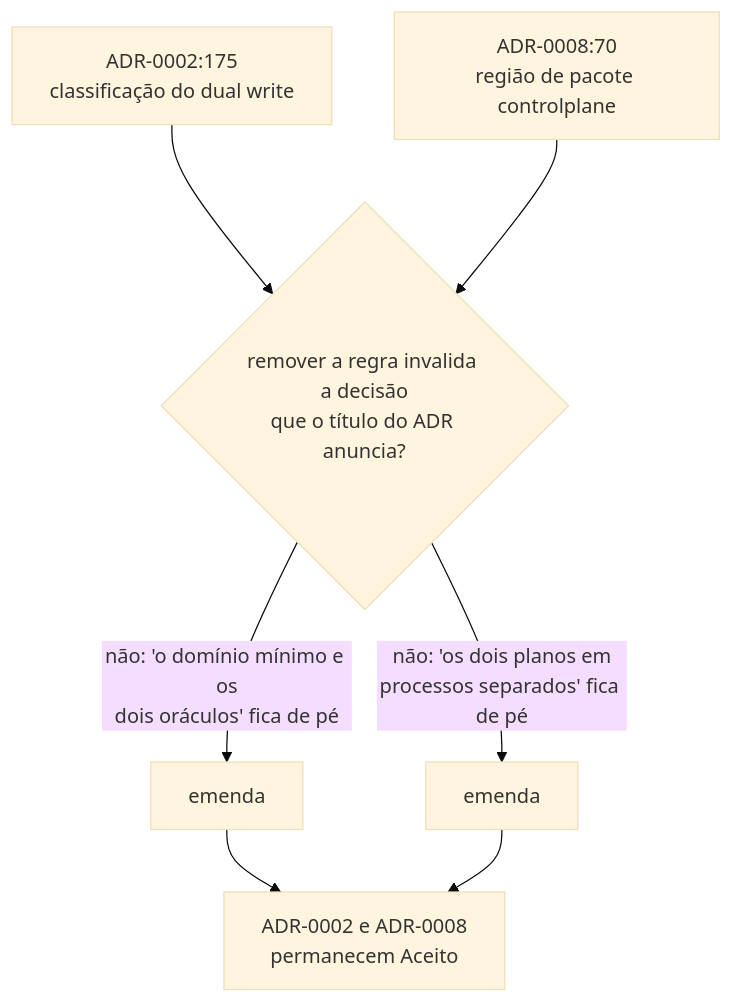
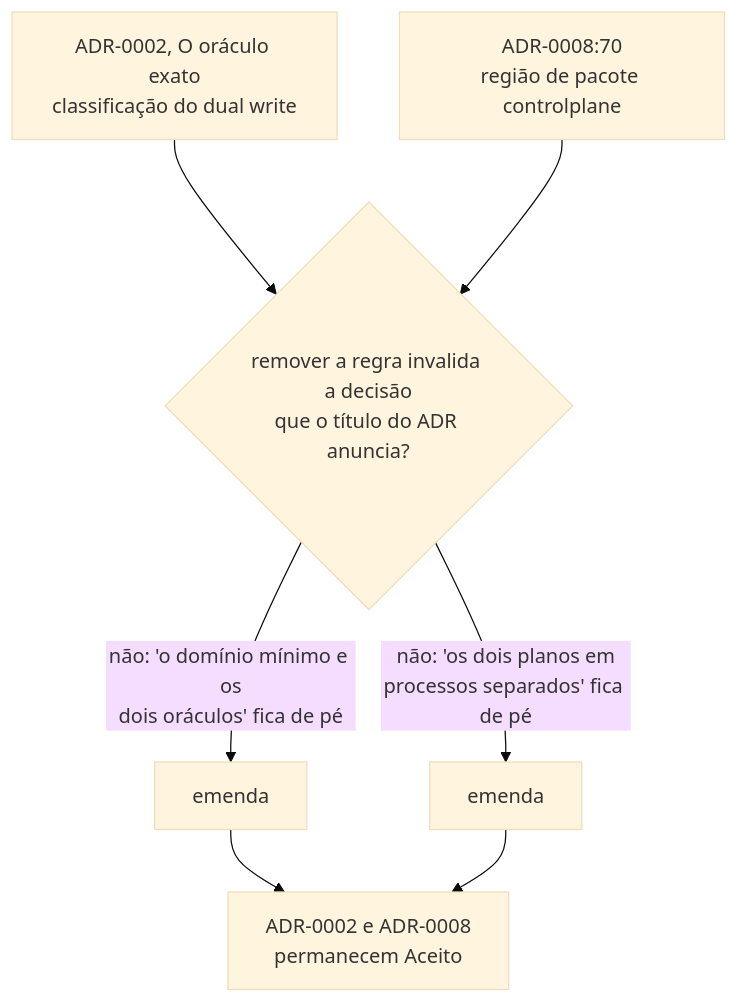
The diagram in docs/adr/0009-a-classificacao-do-dual-write-e-a-regiao-de-pacote.md (da0hn/distributed-systems-experiment-lab), drawn with Mermaid (base theme) before and after one commit. The commit also changed other lines of this file and 5 other files, not shown here.

````diff
--- a/docs/adr/0009-a-classificacao-do-dual-write-e-a-regiao-de-pacote.md
+++ b/docs/adr/0009-a-classificacao-do-dual-write-e-a-regiao-de-pacote.md
@@ -77,12 +80,12 @@
 ```mermaid
 flowchart TD
-    R1["ADR-0002:175<br/>classificação do dual write"]
+    R1["ADR-0002, O oráculo exato<br/>classificação do dual write"]
     R2["ADR-0008:70<br/>região de pacote controlplane"]
     T{"remover a regra invalida a decisão<br/>que o título do ADR anuncia?"}
     R1 --> T
     R2 --> T
     T -->|" não: 'o domínio mínimo e os<br/>dois oráculos' fica de pé "| E1["emenda"]
     T -->|" não: 'os dois planos em<br/>processos separados' fica de pé "| E2["emenda"]
     E1 --> C["ADR-0002 e ADR-0008<br/>permanecem Aceito"]
     E2 --> C
 ```
````
